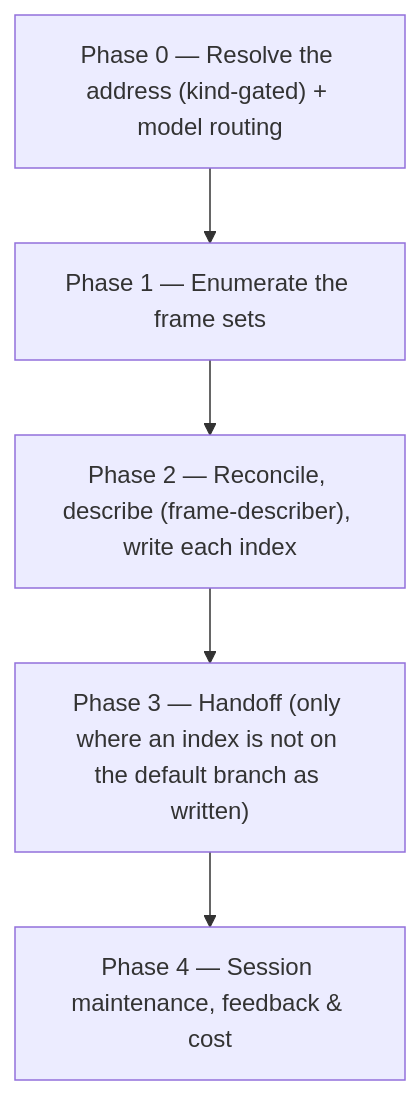
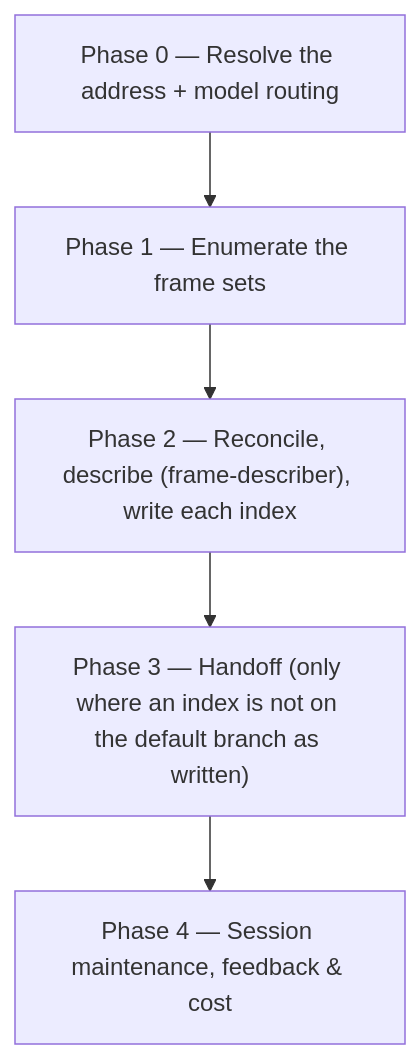
One commit to ihudak/ai-workflows changed the diagram in plugins/workflows-core/docs/commands/frames.md. Above: the diagram before and after it, drawn with Mermaid. The commit also changed 47 other files, not shown here.

First line of the commit message:
fix: B32 — the family's entry points: four diagrams draw /document after the PE's PRD conformance, the status-line cross-check and the run flags are documented, three getting-started pages install the status line, and check 29 holds each README's documentation table to every page

````diff
--- a/plugins/workflows-core/docs/commands/frames.md
+++ b/plugins/workflows-core/docs/commands/frames.md
@@ -29,7 +29,7 @@
 ```mermaid
 flowchart TD
-    p0["Phase 0 — Resolve the address (kind-gated) + model routing"] --> p1["Phase 1 — Enumerate the frame sets"]
+    p0["Phase 0 — Resolve the address + model routing"] --> p1["Phase 1 — Enumerate the frame sets"]
     p1 --> p2["Phase 2 — Reconcile, describe (frame-describer), write each index"]
     p2 --> p3["Phase 3 — Handoff (only where an index is not on the default branch as written)"]
     p3 --> p4["Phase 4 — Session maintenance, feedback & cost"]
 ```
````
